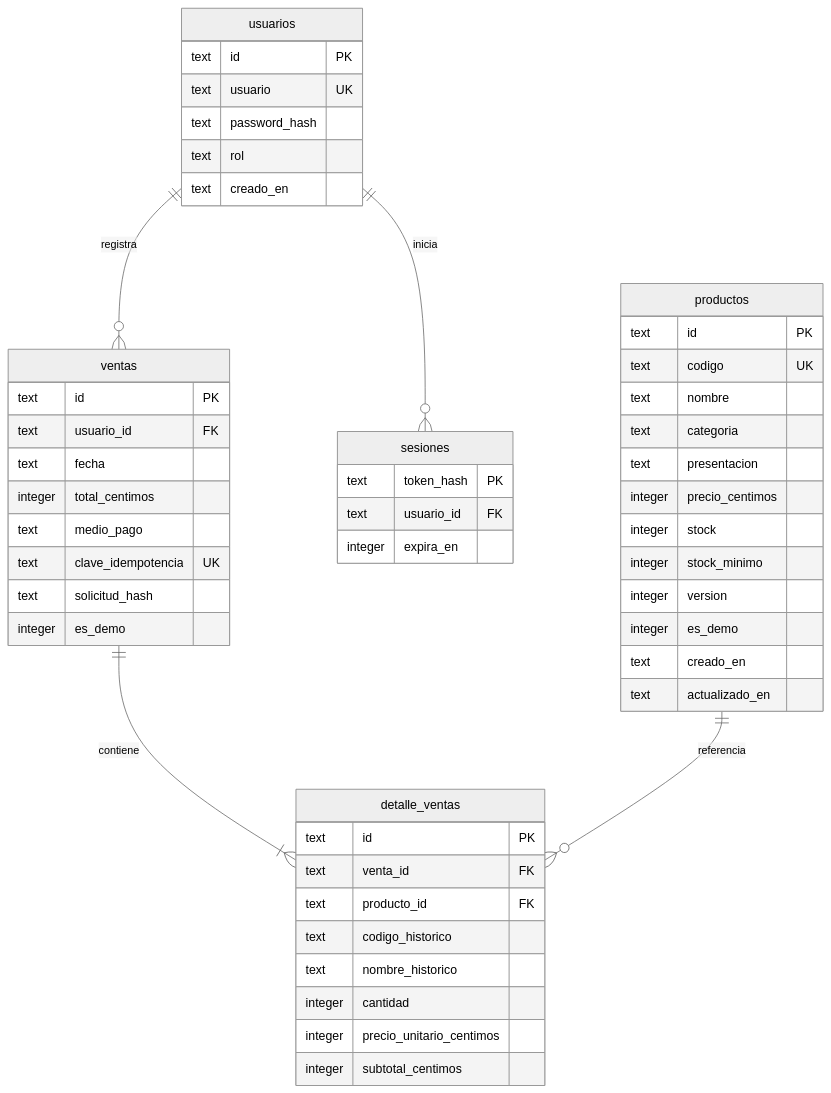
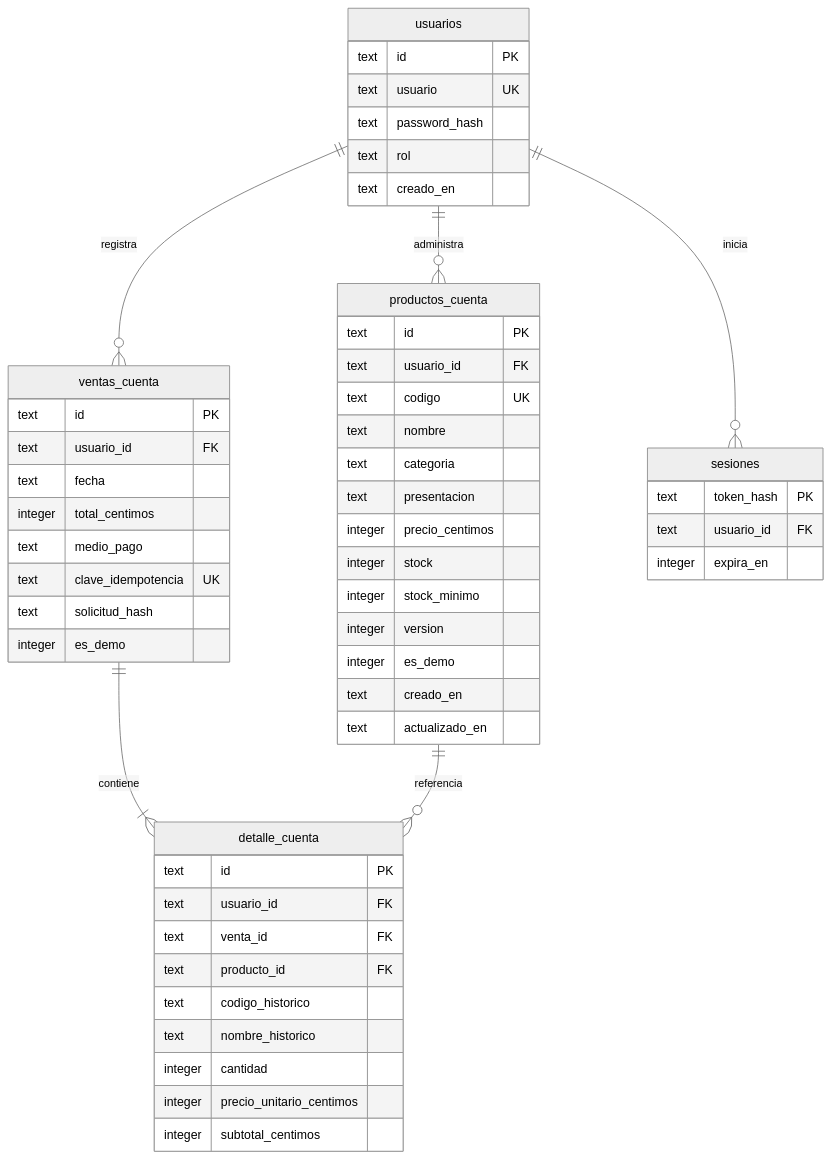
The second of 3 diagrams in docs/SENATI.md (sevenxfake-cmyk/NovaSalud), drawn with Mermaid (neutral theme) before and after one commit. The commit also changed other lines of this file and 25 other files, not shown here.

````diff
--- a/docs/SENATI.md
+++ b/docs/SENATI.md
@@ -52,53 +52,56 @@
 ```mermaid
 erDiagram
-  usuarios ||--o{ ventas : registra
+  usuarios ||--o{ ventas_cuenta : registra
+  usuarios ||--o{ productos_cuenta : administra
   usuarios ||--o{ sesiones : inicia
-  ventas ||--|{ detalle_ventas : contiene
-  productos ||--o{ detalle_ventas : referencia
+  ventas_cuenta ||--|{ detalle_cuenta : contiene
+  productos_cuenta ||--o{ detalle_cuenta : referencia
   usuarios {
     text id PK
     text usuario UK
     text password_hash
     text rol
     text creado_en
   }
   sesiones {
     text token_hash PK
     text usuario_id FK
     integer expira_en
   }
-  productos {
+  productos_cuenta {
     text id PK
+    text usuario_id FK
     text codigo UK
     text nombre
     text categoria
     text presentacion
     integer precio_centimos
     integer stock
     integer stock_minimo
     integer version
     integer es_demo
     text creado_en
     text actualizado_en
   }
-  ventas {
+  ventas_cuenta {
     text id PK
     text usuario_id FK
     text fecha
     integer total_centimos
     text medio_pago
     text clave_idempotencia UK
     text solicitud_hash
     integer es_demo
   }
-  detalle_ventas {
+  detalle_cuenta {
     text id PK
+    text usuario_id FK
     text venta_id FK
     text producto_id FK
     text codigo_historico
     text nombre_historico
     integer cantidad
     integer precio_unitario_centimos
     integer subtotal_centimos
   }
 ```
````
